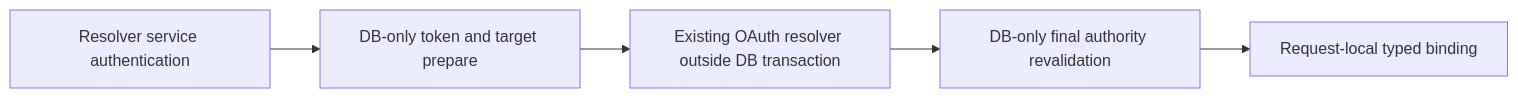
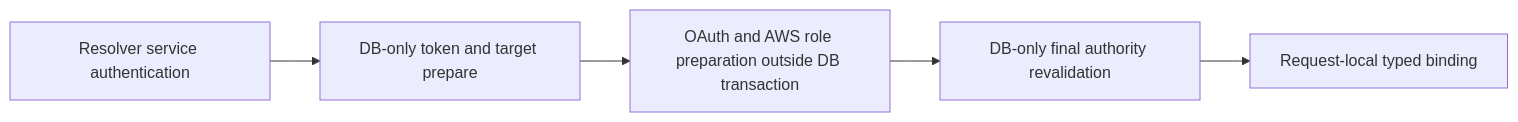
One commit to azents/azents changed the second of 2 diagrams in docs/azents/spec/domain/inference-authority.md. Above: the diagram before and after it, drawn with Mermaid. The commit also changed other lines of this file and 52 other files, not shown here.

````diff
--- a/docs/azents/spec/domain/inference-authority.md
+++ b/docs/azents/spec/domain/inference-authority.md
@@ -118,7 +120,7 @@
 ```mermaid
 flowchart LR
     A[Resolver service authentication] --> B[DB-only token and target prepare]
-    B --> C[Existing OAuth resolver outside DB transaction]
+    B --> C[OAuth and AWS role preparation outside DB transaction]
     C --> D[DB-only final authority revalidation]
     D --> E[Request-local typed binding]
 ```
````
